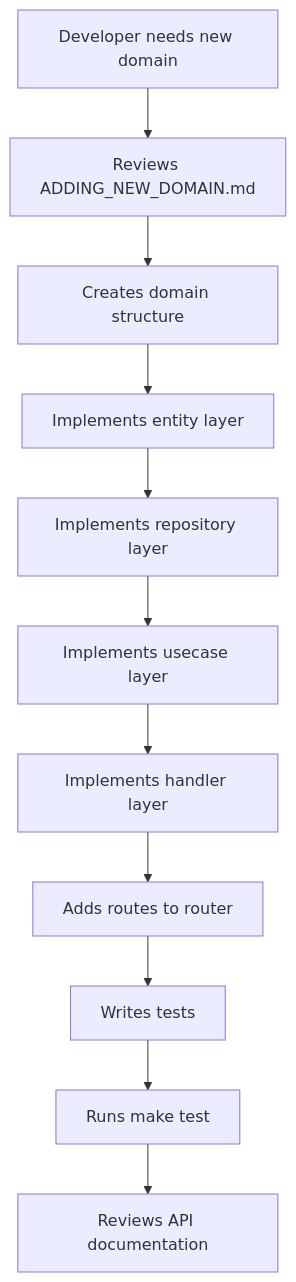
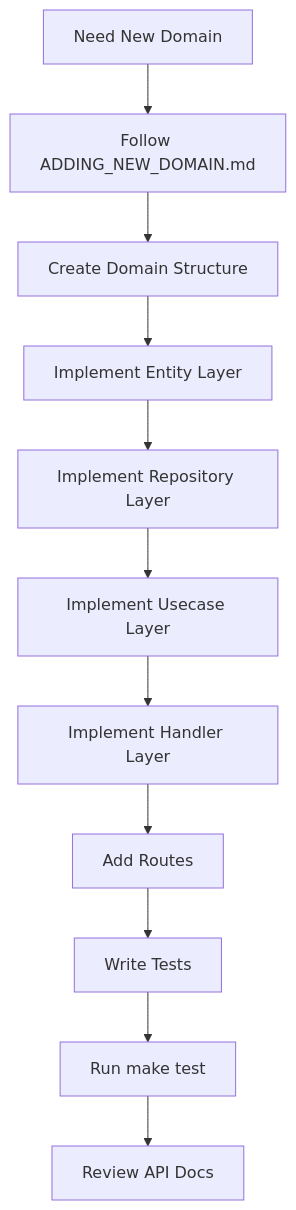
The second of 2 diagrams in .agents/rules/memory-bank/product.md (zercle/gofiber-skeleton), drawn with Mermaid before and after one commit. The commit also changed other lines of this file and 5 other files, not shown here.

First line of the commit message:
refactor(memory-bank): simplify and optimize documentation structure

````diff
--- a/.agents/rules/memory-bank/product.md
+++ b/.agents/rules/memory-bank/product.md
@@ -62,13 +57,13 @@
 ```mermaid
 graph TD
-    A[Developer needs new domain] --> B[Reviews ADDING_NEW_DOMAIN.md]
-    B --> C[Creates domain structure]
-    C --> D[Implements entity layer]
-    D --> E[Implements repository layer]
-    E --> F[Implements usecase layer]
-    F --> G[Implements handler layer]
-    G --> H[Adds routes to router]
-    H --> I[Writes tests]
-    I --> J[Runs make test]
-    J --> K[Reviews API documentation]
+    A[Need New Domain] --> B[Follow ADDING_NEW_DOMAIN.md]
+    B --> C[Create Domain Structure]
+    C --> D[Implement Entity Layer]
+    D --> E[Implement Repository Layer]
+    E --> F[Implement Usecase Layer]
+    F --> G[Implement Handler Layer]
+    G --> H[Add Routes]
+    H --> I[Write Tests]
+    I --> J[Run make test]
+    J --> K[Review API Docs]
 ```
````
